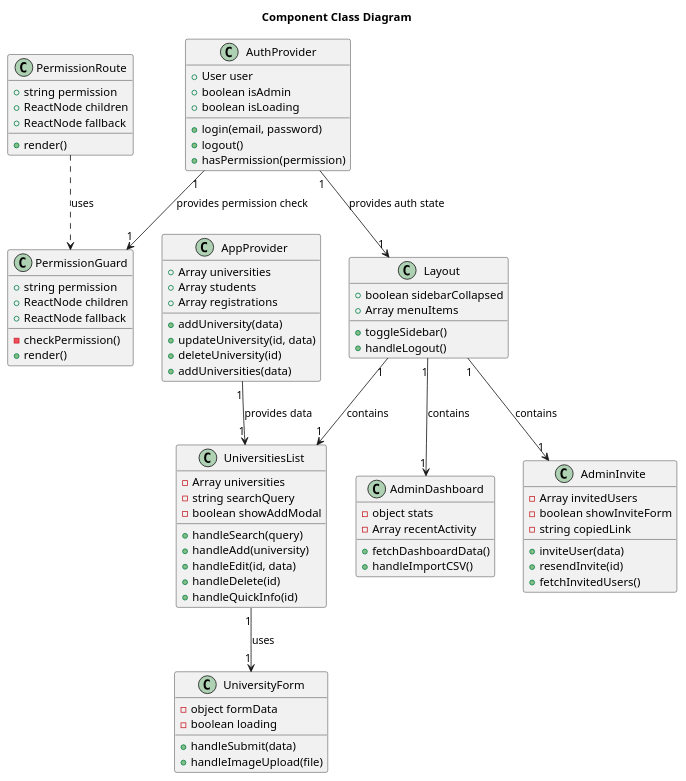
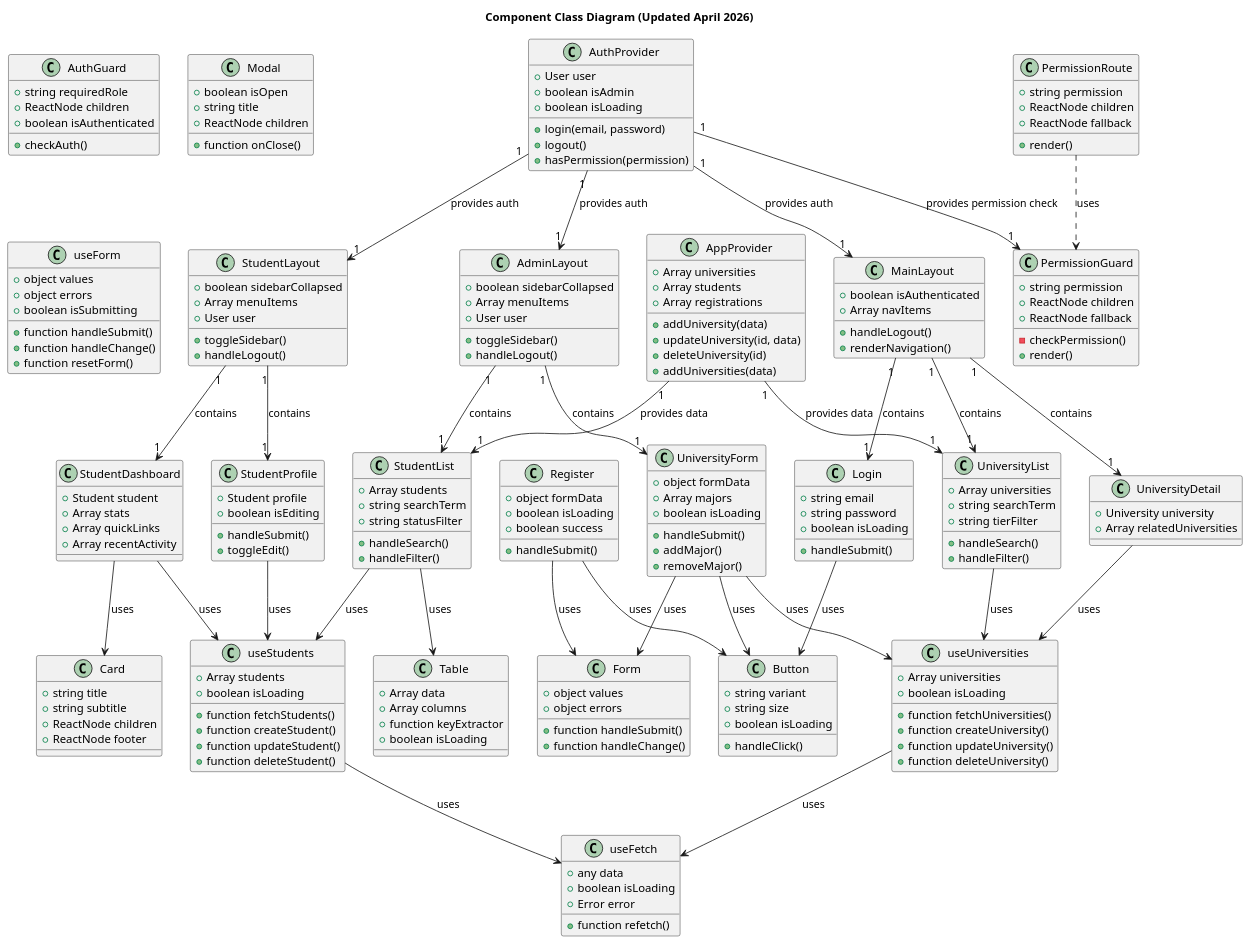
The eighth of 10 diagrams in docs/ARCHITECTURE_PLANTUML.puml (GitPab/project), drawn with PlantUML before and after one commit. The commit also changed other lines of this file and 5 other files, not shown here.

```diff
--- a/docs/ARCHITECTURE_PLANTUML.puml
+++ b/docs/ARCHITECTURE_PLANTUML.puml
@@ -454,6 +535,6 @@
 @startuml DuHocCost_ClassDiagram
 
-title Component Class Diagram
+title Component Class Diagram (Updated April 2026)
 
 class AuthProvider {
     +User user
@@ -474,11 +555,161 @@
     +addUniversities(data)
 }
 
-class Layout {
+class MainLayout {
+    +boolean isAuthenticated
+    +Array navItems
+    +handleLogout()
+    +renderNavigation()
+}
+
+class AdminLayout {
     +boolean sidebarCollapsed
     +Array menuItems
+    +User user
     +toggleSidebar()
     +handleLogout()
+}
+
+class StudentLayout {
+    +boolean sidebarCollapsed
+    +Array menuItems
+    +User user
+    +toggleSidebar()
+    +handleLogout()
+}
+
+class Login {
+    +string email
+    +string password
+    +boolean isLoading
+    +handleSubmit()
+}
+
+class Register {
+    +object formData
+    +boolean isLoading
+    +boolean success
+    +handleSubmit()
+}
+
+class AuthGuard {
+    +string requiredRole
+    +ReactNode children
+    +boolean isAuthenticated
+    +checkAuth()
+}
+
+class StudentDashboard {
+    +Student student
+    +Array stats
+    +Array quickLinks
+    +Array recentActivity
+}
+
+class StudentProfile {
+    +Student profile
+    +boolean isEditing
+    +handleSubmit()
+    +toggleEdit()
+}
+
+class StudentList {
+    +Array students
+    +string searchTerm
+    +string statusFilter
+    +handleSearch()
+    +handleFilter()
+}
+
+class useStudents {
+    +Array students
+    +boolean isLoading
+    +function fetchStudents()
+    +function createStudent()
+    +function updateStudent()
+    +function deleteStudent()
+}
+
+class UniversityList {
+    +Array universities
+    +string searchTerm
+    +string tierFilter
+    +handleSearch()
+    +handleFilter()
+}
+
+class UniversityDetail {
+    +University university
+    +Array relatedUniversities
+}
+
+class UniversityForm {
+    +object formData
+    +Array majors
+    +boolean isLoading
+    +handleSubmit()
+    +addMajor()
+    +removeMajor()
+}
+
+class useUniversities {
+    +Array universities
+    +boolean isLoading
+    +function fetchUniversities()
+    +function createUniversity()
+    +function updateUniversity()
+    +function deleteUniversity()
+}
+
+class Button {
+    +string variant
+    +string size
+    +boolean isLoading
+    +handleClick()
+}
+
+class Modal {
+    +boolean isOpen
+    +string title
+    +ReactNode children
+    +function onClose()
+}
+
+class Card {
+    +string title
+    +string subtitle
+    +ReactNode children
+    +ReactNode footer
+}
+
+class Table {
+    +Array data
+    +Array columns
+    +function keyExtractor
+    +boolean isLoading
+}
+
+class Form {
+    +object values
+    +object errors
+    +function handleSubmit()
+    +function handleChange()
+}
+
+class useFetch {
+    +any data
+    +boolean isLoading
+    +Error error
+    +function refetch()
+}
+
+class useForm {
+    +object values
+    +object errors
+    +boolean isSubmitting
+    +function handleSubmit()
+    +function handleChange()
+    +function resetForm()
 }
 
 class PermissionGuard {
@@ -496,47 +727,45 @@
     +render()
 }
 
-class AdminInvite {
-    -Array invitedUsers
-    -boolean showInviteForm
-    -string copiedLink
-    +inviteUser(data)
-    +resendInvite(id)
-    +fetchInvitedUsers()
-}
+' Relationships
+AuthProvider "1" --> "1" MainLayout : provides auth
+AuthProvider "1" --> "1" AdminLayout : provides auth
+AuthProvider "1" --> "1" StudentLayout : provides auth
+AuthProvider "1" --> "1" PermissionGuard : provides permission check
 
-class UniversitiesList {
-    -Array universities
-    -string searchQuery
-    -boolean showAddModal
-    +handleSearch(query)
-    +handleAdd(university)
-    +handleEdit(id, data)
-    +handleDelete(id)
-    +handleQuickInfo(id)
-}
+AppProvider "1" --> "1" UniversityList : provides data
+AppProvider "1" --> "1" StudentList : provides data
 
-class UniversityForm {
-    -object formData
-    -boolean loading
-    +handleSubmit(data)
-    +handleImageUpload(file)
-}
+MainLayout "1" --> "1" UniversityList : contains
+MainLayout "1" --> "1" UniversityDetail : contains
+MainLayout "1" --> "1" Login : contains
 
-class AdminDashboard {
-    -object stats
-    -Array recentActivity
-    +fetchDashboardData()
-    +handleImportCSV()
-}
+AdminLayout "1" --> "1" StudentList : contains
+AdminLayout "1" --> "1" UniversityForm : contains
 
-AuthProvider "1" --> "1" Layout : provides auth state
-AppProvider "1" --> "1" UniversitiesList : provides data
-AuthProvider "1" --> "1" PermissionGuard : provides permission check
-Layout "1" --> "1" AdminInvite : contains
-Layout "1" --> "1" UniversitiesList : contains
-Layout "1" --> "1" AdminDashboard : contains
-UniversitiesList "1" --> "1" UniversityForm : uses
+StudentLayout "1" --> "1" StudentDashboard : contains
+StudentLayout "1" --> "1" StudentProfile : contains
+
+StudentDashboard --> useStudents : uses
+StudentList --> useStudents : uses
+StudentProfile --> useStudents : uses
+
+UniversityList --> useUniversities : uses
+UniversityDetail --> useUniversities : uses
+UniversityForm --> useUniversities : uses
+
+useStudents --> useFetch : uses
+useUniversities --> useFetch : uses
+
+UniversityForm --> Form : uses
+UniversityForm --> Button : uses
+StudentList --> Table : uses
+StudentDashboard --> Card : uses
+
+Login --> Button : uses
+Register --> Button : uses
+Register --> Form : uses
+
 PermissionRoute ..> PermissionGuard : uses
 
 @enduml
```
